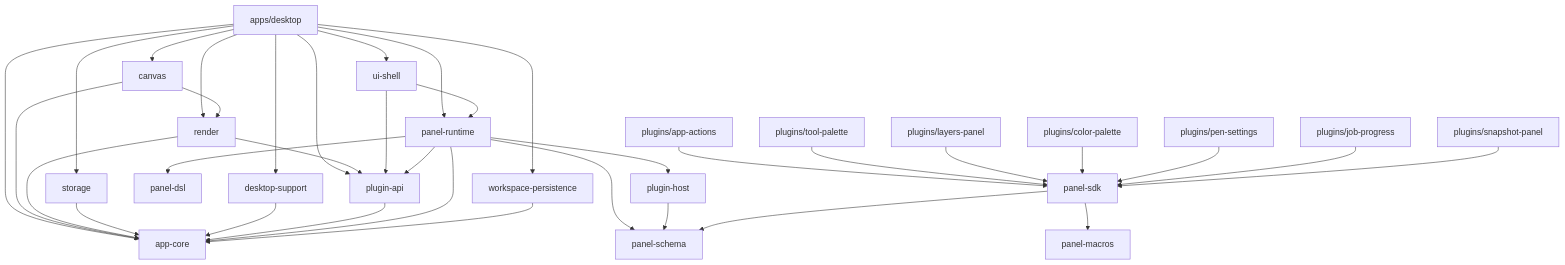
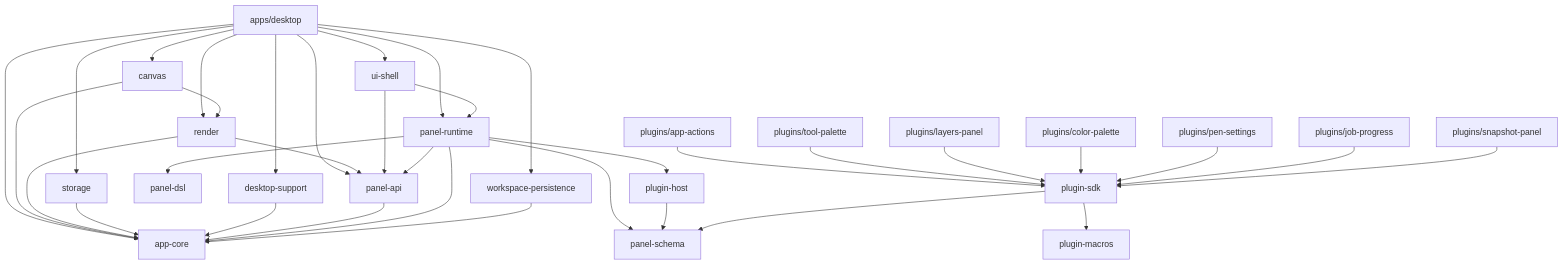
Before and after one commit to gitdmnt/altpaint: the first of 2 diagrams in docs/MODULE_DEPENDENCIES.md, drawn with Mermaid. The commit also changed other lines of this file and 81 other files, not shown here.

First line of the commit message:
feat(plugin-sdk): add initial implementation of plugin SDK with runtime and service APIs

````diff
--- a/docs/MODULE_DEPENDENCIES.md
+++ b/docs/MODULE_DEPENDENCIES.md
@@ -72,43 +72,43 @@
 ```mermaid
 graph TD
     desktop[apps/desktop] --> appcore[app-core]
   desktop --> canvas[canvas]
     desktop --> render[render]
     desktop --> panelruntime[panel-runtime]
     desktop --> uishell[ui-shell]
-    desktop --> pluginapi[plugin-api]
+    desktop --> panelapi[panel-api]
     desktop --> storage[storage]
     desktop --> dsupport[desktop-support]
     desktop --> wpersist[workspace-persistence]
 
   canvas --> appcore
   canvas --> render
     render --> appcore
-    render --> pluginapi
+    render --> panelapi
     storage --> appcore
     dsupport --> appcore
-    pluginapi --> appcore
+    panelapi --> appcore
 
-    uishell --> pluginapi
+    uishell --> panelapi
     uishell --> panelruntime
 
     panelruntime --> appcore
-    panelruntime --> pluginapi
+    panelruntime --> panelapi
     panelruntime --> pds[panel-dsl]
     panelruntime --> pschema[panel-schema]
     panelruntime --> phost[plugin-host]
 
     wpersist[workspace-persistence] --> appcore
 
     phost --> pschema
-    psdk[panel-sdk] --> pmacros[panel-macros]
-    psdk --> pschema
+    pluginsdk[plugin-sdk] --> pmacros[plugin-macros]
+    pluginsdk --> pschema
 
-    appactions[plugins/app-actions] --> psdk
-    toolpalette[plugins/tool-palette] --> psdk
-    layerspanel[plugins/layers-panel] --> psdk
-    colorpalette[plugins/color-palette] --> psdk
-    pensettings[plugins/pen-settings] --> psdk
-    jobprogress[plugins/job-progress] --> psdk
-    snapshotpanel[plugins/snapshot-panel] --> psdk
+    appactions[plugins/app-actions] --> pluginsdk
+    toolpalette[plugins/tool-palette] --> pluginsdk
+    layerspanel[plugins/layers-panel] --> pluginsdk
+    colorpalette[plugins/color-palette] --> pluginsdk
+    pensettings[plugins/pen-settings] --> pluginsdk
+    jobprogress[plugins/job-progress] --> pluginsdk
+    snapshotpanel[plugins/snapshot-panel] --> pluginsdk
 ```
````
